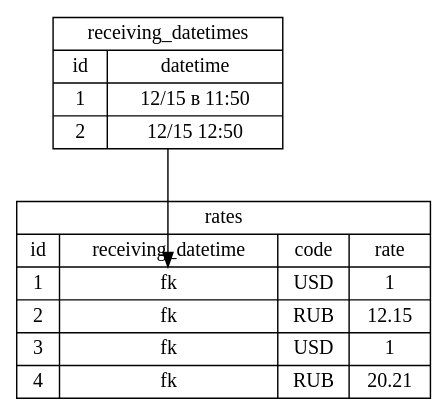
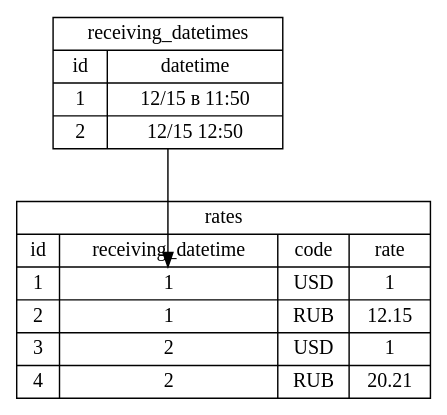
Before and after one commit to e9000000000/telegram_exchange_rates_bot: the diagram in database_architecture.dot, drawn with Graphviz. The commit also changed 6 other files, not shown here.

```diff
--- a/database_architecture.dot
+++ b/database_architecture.dot
@@ -1,18 +1,18 @@
 /*
 Database architecture.
 */
 
 digraph Database {
     rates [shape=record, label="{rates|{
         {id|1|2|3|4}|
-        {receiving_datetime|<receiving_datetime> fk|fk|fk|fk}|
+        {receiving_datetime|<receiving_datetime_id> 1|1|2|2}|
         {code|USD|RUB|USD|RUB}|
         {rate|1|12.15|1|20.21}
     }}"];
     receiving_datetimes [shape=record, label="{receiving_datetimes|{
         {id|1|2}|
         {datetime|12/15 в 11:50|12/15 12:50}
     }}"];
 
-    receiving_datetimes -> rates:receiving_datetime;
+    receiving_datetimes -> rates:receiving_datetime_id;
 }
```
